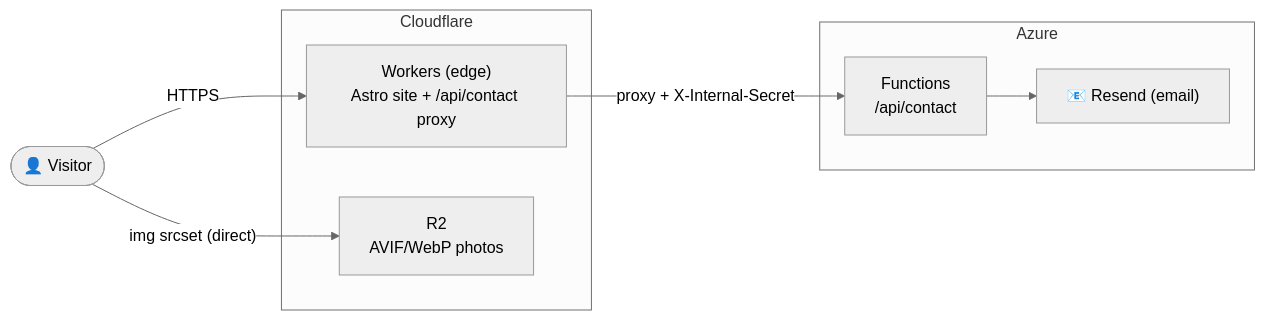
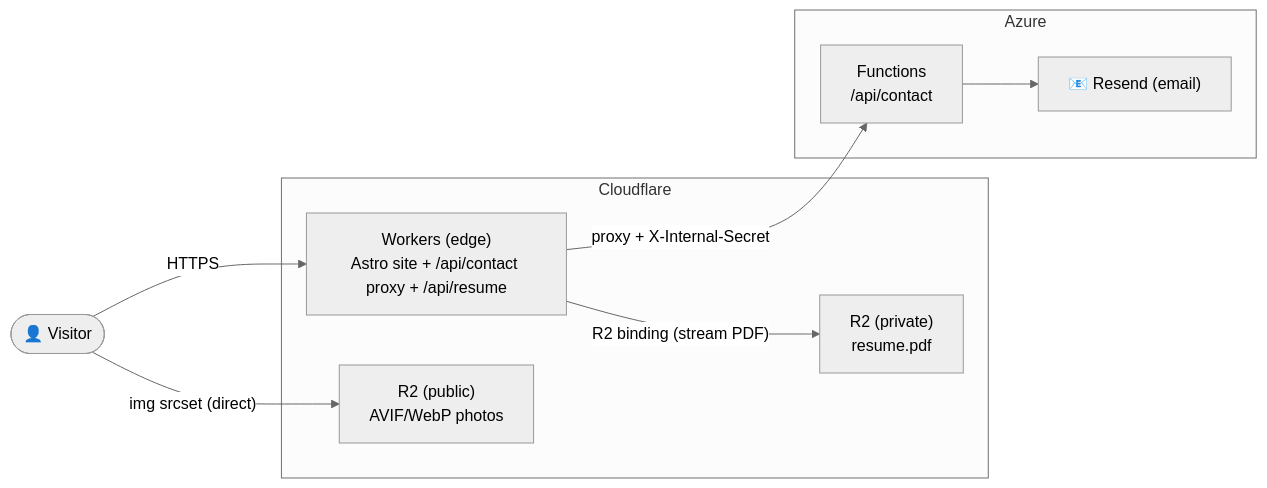
The diagram in README.md (57shiki/PersonalWebsite), drawn with Mermaid (neutral theme) before and after one commit. The commit also changed other lines of this file and 18 other files, not shown here.

````diff
--- a/README.md
+++ b/README.md
@@ -45,19 +43,21 @@
 ```mermaid
 flowchart LR
     Visitor(["👤 Visitor"])
 
     subgraph CF["Cloudflare"]
-        Worker["Workers (edge)<br/>Astro site + /api/contact proxy"]
-        R2["R2<br/>AVIF/WebP photos"]
+        Worker["Workers (edge)<br/>Astro site + /api/contact proxy + /api/resume"]
+        Photos["R2 (public)<br/>AVIF/WebP photos"]
+        Resume["R2 (private)<br/>resume.pdf"]
     end
 
     subgraph AZ["Azure"]
         Func["Functions<br/>/api/contact"]
         Email["📧 Resend (email)"]
     end
 
     Visitor -- HTTPS --> Worker
-    Visitor -- "img srcset (direct)" --> R2
+    Visitor -- "img srcset (direct)" --> Photos
+    Worker -- "R2 binding (stream PDF)" --> Resume
     Worker -- "proxy + X-Internal-Secret" --> Func
     Func --> Email
 ```
````
